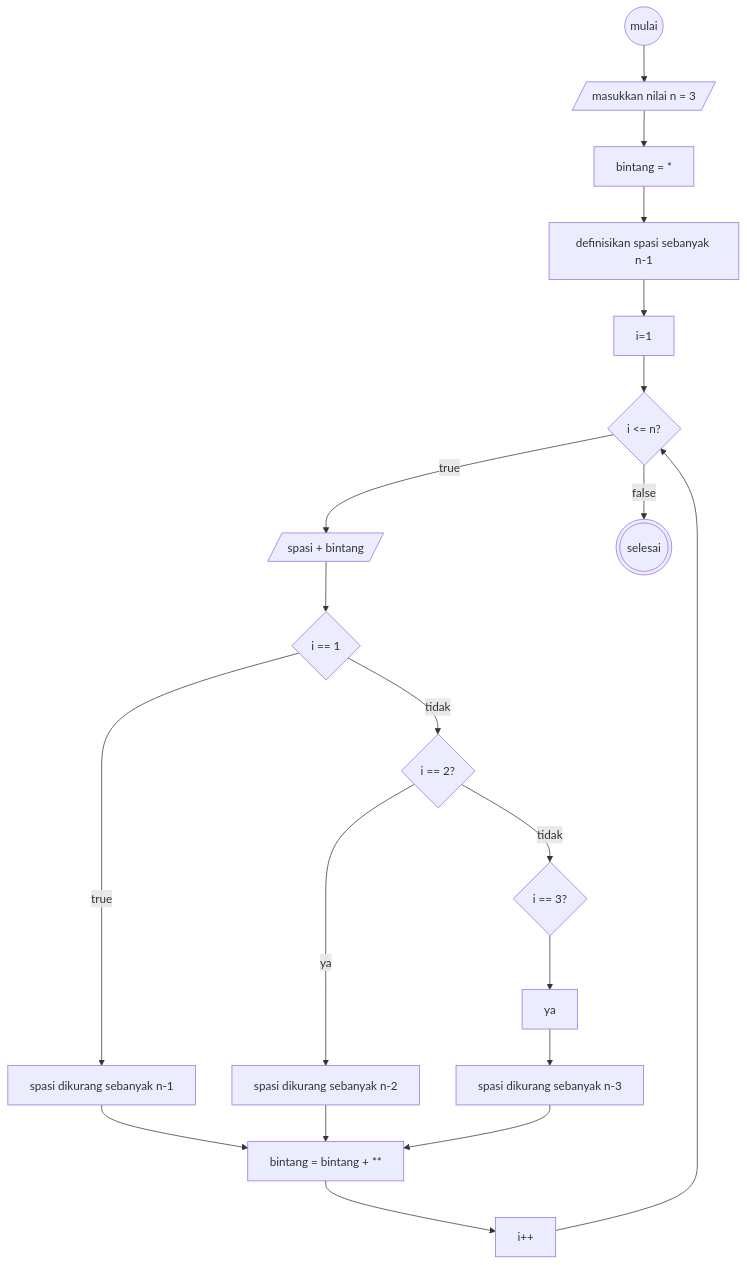
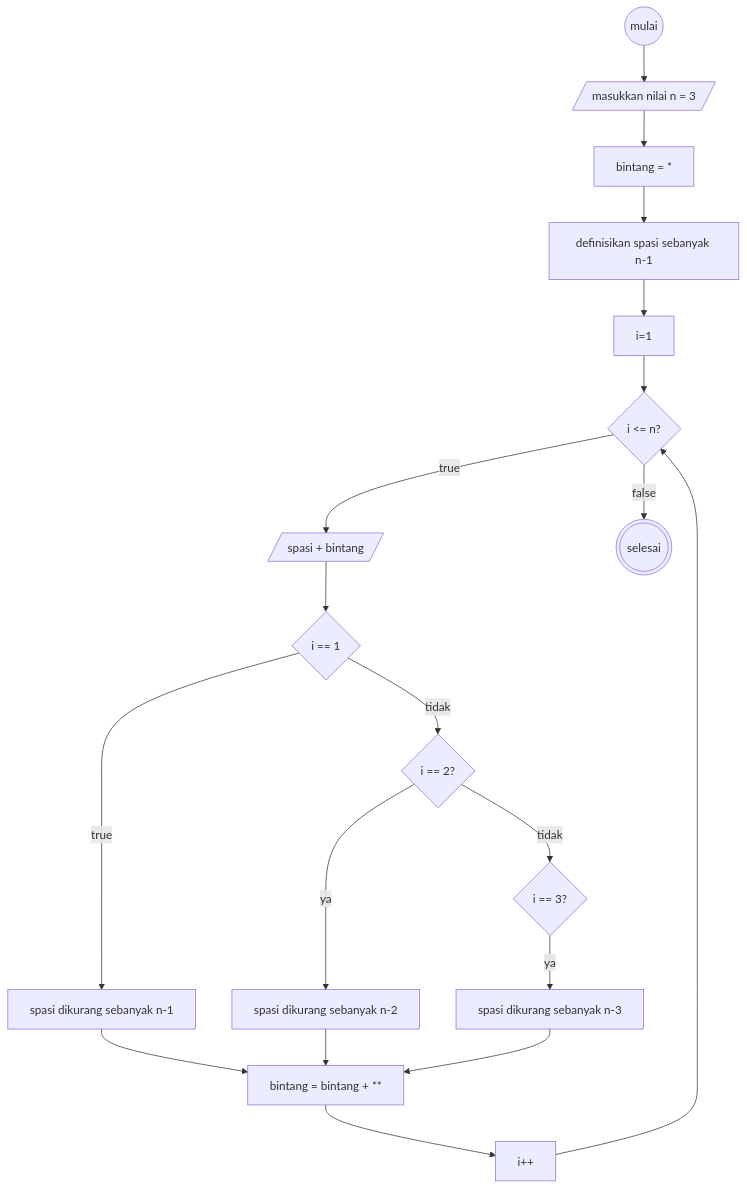
One commit to asasonda/koda-b1-homework1 changed the diagram in koda-b1-homework1-for.md. Above: the diagram before and after it, drawn with Mermaid.

````diff
--- a/koda-b1-homework1-for.md
+++ b/koda-b1-homework1-for.md
@@ -1,23 +1,23 @@
 ```mermaid
 flowchart TD
     start((mulai))-->input[/masukkan nilai n = 3/]
     input --> bintang[bintang = *]
     bintang --> spasi[definisikan spasi sebanyak n-1]
     spasi --> definisi[i=1]
     definisi --> kondisi{i <= n?}
     kondisi -- true --> cetak[/spasi + bintang/]
     kondisi -- false --> selesai(((selesai)))
     cetak--> cek{i == 1}
     cek -- true --> Spasi1[spasi dikurang sebanyak n-1]
     cek -- tidak --> cek2{i == 2?}
     cek2 -- ya --> spasi2[spasi dikurang sebanyak n-2]
     cek2 -- tidak --> cek3{i == 3?}
-    cek3 --> ya --> spasi3[spasi dikurang sebanyak n-3]
+    cek3 -- ya --> spasi3[spasi dikurang sebanyak n-3]
 
     Spasi1 --> lanjut[bintang = bintang + **]
     spasi2 --> lanjut
     spasi3 --> lanjut
 
     lanjut --> increment[i++]
     increment --> kondisi
 ```
````
